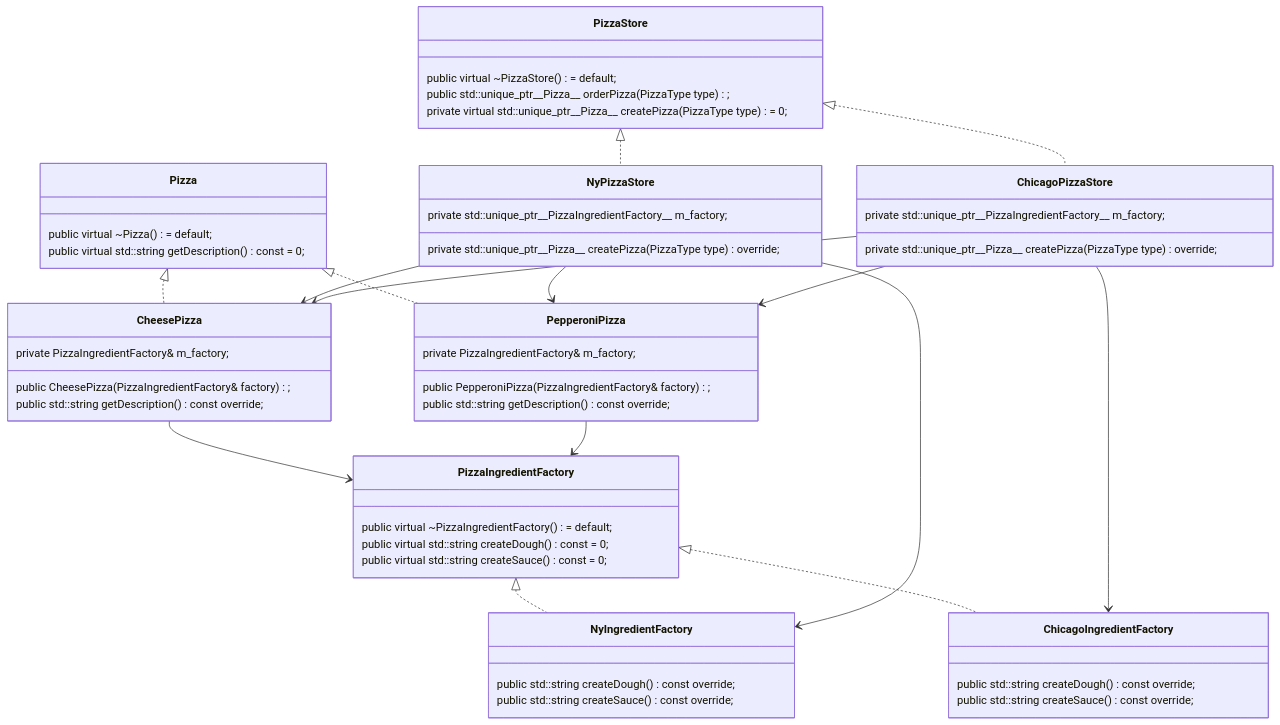
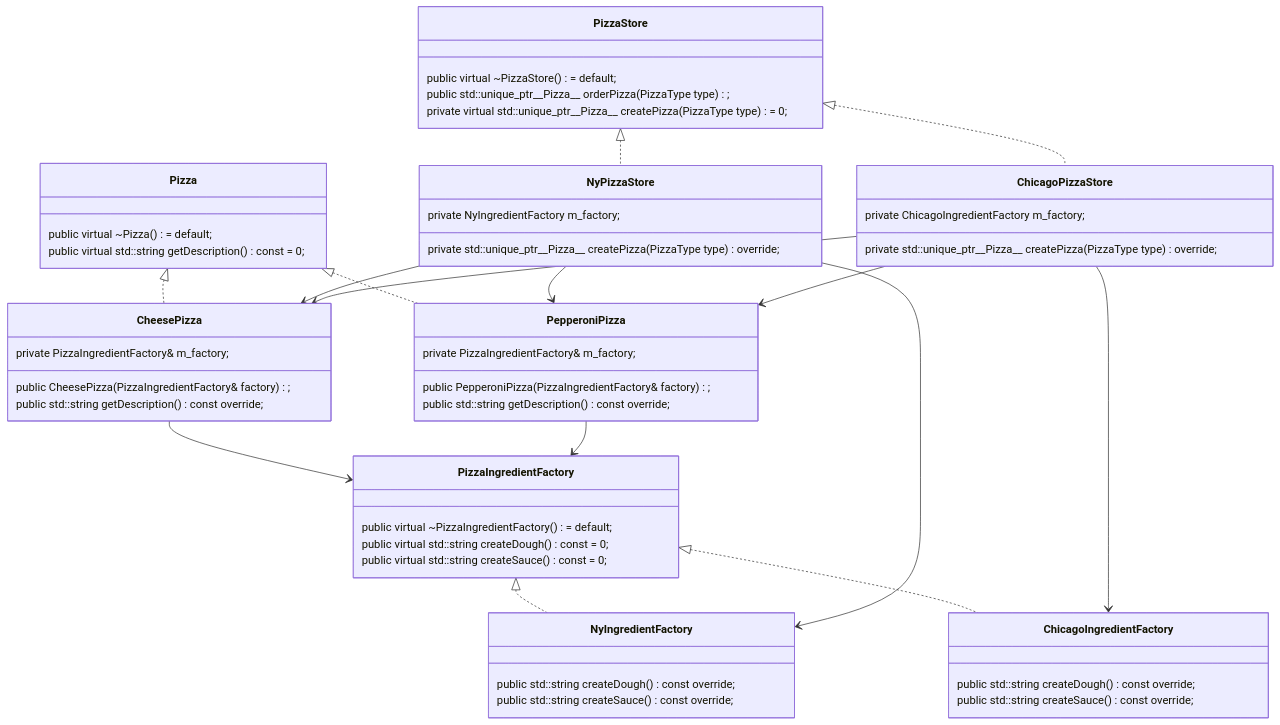
One commit to rngoodner/design-patterns changed the fifth of 5 diagrams in README.md. Above: the diagram before and after it, drawn with Mermaid. The commit also changed other lines of this file and 4 other files, not shown here.

````diff
--- a/README.md
+++ b/README.md
@@ -227,67 +227,67 @@
 ```mermaid
 classDiagram
 
 class PizzaIngredientFactory {
     public virtual ~PizzaIngredientFactory() = default;
     public virtual std::string createDough() const = 0;
     public virtual std::string createSauce() const = 0;
 }
 
 class NyIngredientFactory {
     public std::string createDough() const override;
     public std::string createSauce() const override;
 }
 
 class ChicagoIngredientFactory {
     public std::string createDough() const override;
     public std::string createSauce() const override;
 }
 
 class Pizza {
     public virtual ~Pizza() = default;
     public virtual std::string getDescription() const = 0;
 }
 
 class CheesePizza {
     public CheesePizza(PizzaIngredientFactory& factory);
     public std::string getDescription() const override;
     private PizzaIngredientFactory& m_factory;
 }
 
 class PepperoniPizza {
     public PepperoniPizza(PizzaIngredientFactory& factory);
     public std::string getDescription() const override;
     private PizzaIngredientFactory& m_factory;
 }
 
 class PizzaStore {
     public virtual ~PizzaStore() = default;
     public std::unique_ptr__Pizza__ orderPizza(PizzaType type);
     private virtual std::unique_ptr__Pizza__ createPizza(PizzaType type) = 0;
 }
 
 class NyPizzaStore {
     private std::unique_ptr__Pizza__ createPizza(PizzaType type) override;
-    private std::unique_ptr__PizzaIngredientFactory__ m_factory;
+    private NyIngredientFactory m_factory;
 }
 
 class ChicagoPizzaStore {
     private std::unique_ptr__Pizza__ createPizza(PizzaType type) override;
-    private std::unique_ptr__PizzaIngredientFactory__ m_factory;
+    private ChicagoIngredientFactory m_factory;
 }
 
 PizzaIngredientFactory <|.. NyIngredientFactory
 PizzaIngredientFactory <|.. ChicagoIngredientFactory
 Pizza <|.. CheesePizza
 Pizza <|.. PepperoniPizza
 PizzaStore <|.. NyPizzaStore
 PizzaStore <|.. ChicagoPizzaStore
 CheesePizza --> PizzaIngredientFactory
 PepperoniPizza --> PizzaIngredientFactory
 NyPizzaStore --> NyIngredientFactory
 ChicagoPizzaStore --> ChicagoIngredientFactory
 NyPizzaStore --> CheesePizza
 NyPizzaStore --> PepperoniPizza
 ChicagoPizzaStore --> CheesePizza
 ChicagoPizzaStore --> PepperoniPizza
 ```
````
